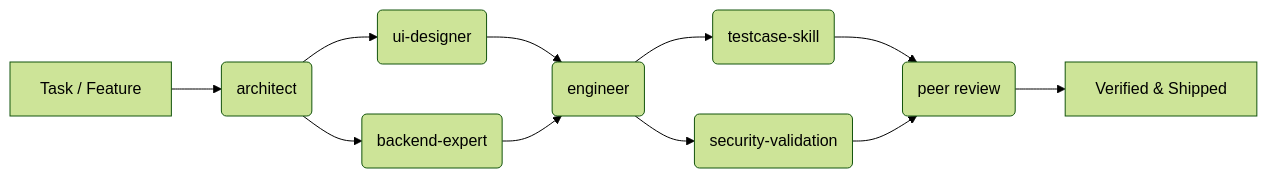
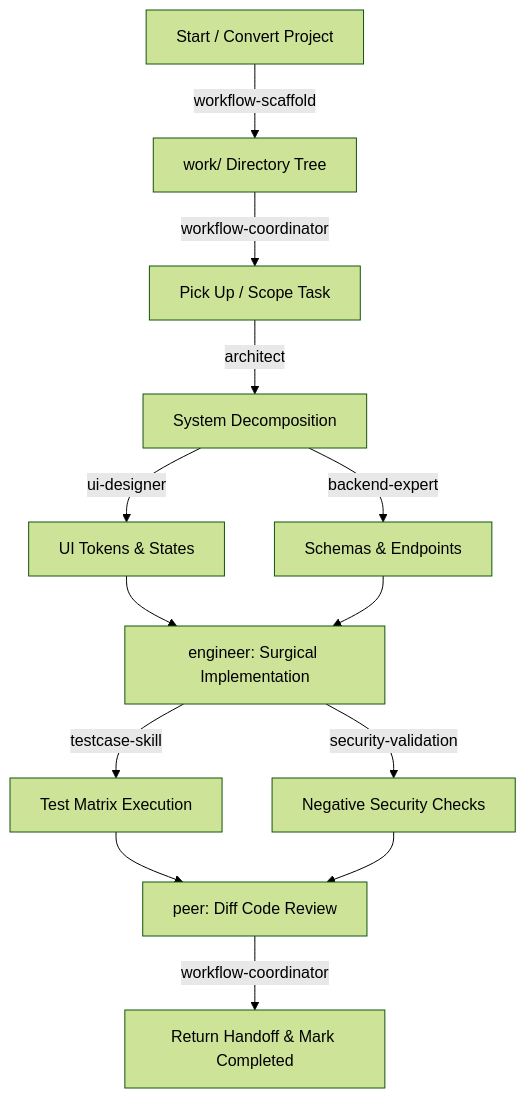
Before and after one commit to hackaholic/ai_skills: the diagram in README.md, drawn with Mermaid (forest theme). The commit also changed other lines of this file and 9 other files, not shown here.

Commit message:
feat: add workflow-coordinator and workflow-scaffold skills with templates

````diff
--- a/README.md
+++ b/README.md
@@ -39,13 +68,15 @@
 ```mermaid
-flowchart LR
-    A[Task / Feature] --> B(architect)
-    B --> C(ui-designer)
-    B --> D(backend-expert)
-    C --> E(engineer)
-    D --> E
-    E --> F(testcase-skill)
-    E --> G(security-validation)
-    F --> H(peer review)
-    G --> H
-    H --> I[Verified & Shipped]
+flowchart TD
+    A[Start / Convert Project] -->|workflow-scaffold| B[work/ Directory Tree]
+    B -->|workflow-coordinator| C[Pick Up / Scope Task]
+    C -->|architect| D[System Decomposition]
+    D -->|ui-designer| E[UI Tokens & States]
+    D -->|backend-expert| F[Schemas & Endpoints]
+    E --> G[engineer: Surgical Implementation]
+    F --> G
+    G -->|testcase-skill| H[Test Matrix Execution]
+    G -->|security-validation| I[Negative Security Checks]
+    H --> J[peer: Diff Code Review]
+    I --> J
+    J -->|workflow-coordinator| K[Return Handoff & Mark Completed]
 ```
````
